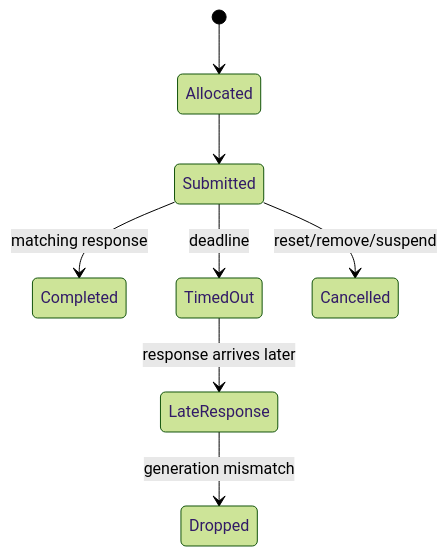
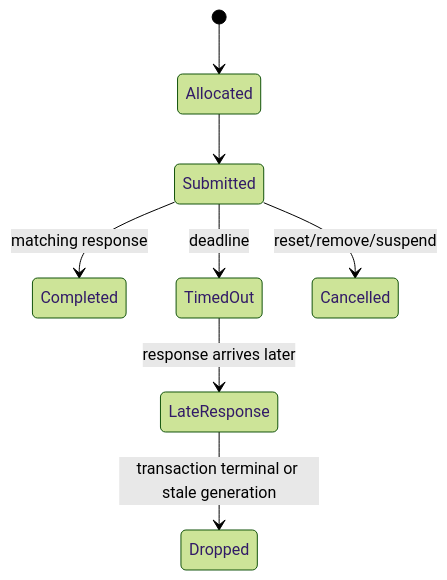
Before and after one commit to YvainZhang/YvainZhang.github.io: the diagram in WiFi/05-Driver-Firmware/02-host-device-abi.md, drawn with Mermaid (forest theme). The commit also changed other lines of this file and 50 other files, not shown here.

````diff
--- a/WiFi/05-Driver-Firmware/02-host-device-abi.md
+++ b/WiFi/05-Driver-Firmware/02-host-device-abi.md
@@ -29,10 +29,10 @@
 ```mermaid
 stateDiagram-v2
     [*] --> Allocated
     Allocated --> Submitted
     Submitted --> Completed: matching response
     Submitted --> TimedOut: deadline
     Submitted --> Cancelled: reset/remove/suspend
     TimedOut --> LateResponse: response arrives later
-    LateResponse --> Dropped: generation mismatch
+    LateResponse --> Dropped: transaction terminal or stale generation
 ```
````
